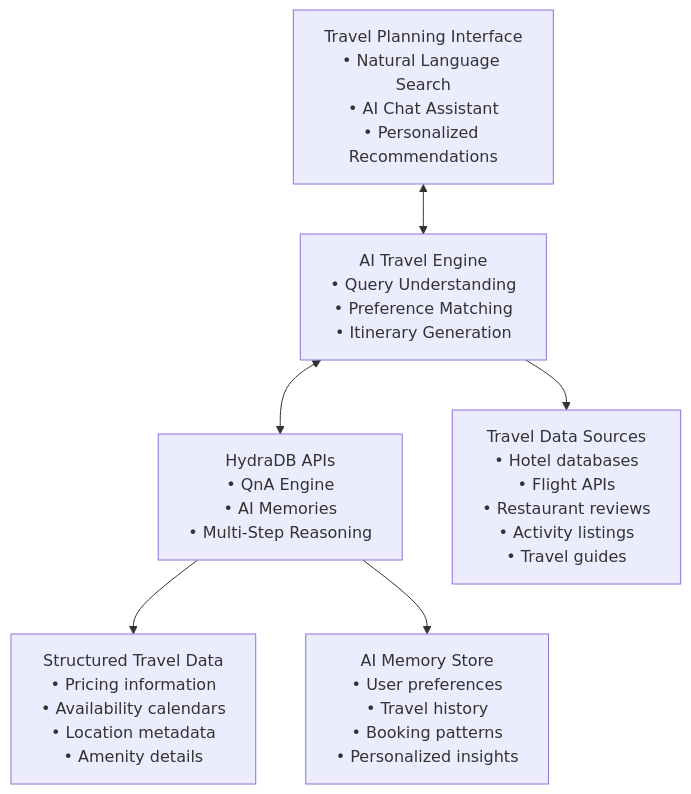
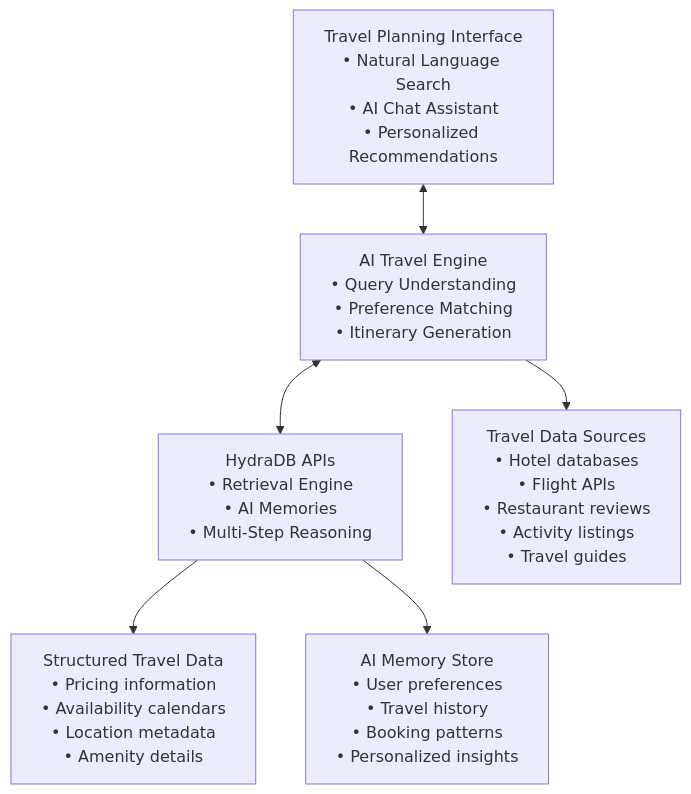
Before and after one commit to rupamghosh2006/mintlify-docs: the diagram in cookbooks/ai-travel-planner.mdx, drawn with Mermaid. The commit also changed 7 other files, not shown here.

````diff
--- a/cookbooks/ai-travel-planner.mdx
+++ b/cookbooks/ai-travel-planner.mdx
@@ -34,16 +34,16 @@
 ```mermaid
 graph TD
     A["Travel Planning Interface<br/>• Natural Language Search<br/>• AI Chat Assistant<br/>• Personalized Recommendations"] 
     B["AI Travel Engine<br/>• Query Understanding<br/>• Preference Matching<br/>• Itinerary Generation"]
-    C["HydraDB APIs<br/>• QnA Engine<br/>• AI Memories<br/>• Multi-Step Reasoning"]
+    C["HydraDB APIs<br/>• Retrieval Engine<br/>• AI Memories<br/>• Multi-Step Reasoning"]
     
     D["Travel Data Sources<br/>• Hotel databases<br/>• Flight APIs<br/>• Restaurant reviews<br/>• Activity listings<br/>• Travel guides"]
     E["Structured Travel Data<br/>• Pricing information<br/>• Availability calendars<br/>• Location metadata<br/>• Amenity details"]
     F["AI Memory Store<br/>• User preferences<br/>• Travel history<br/>• Booking patterns<br/>• Personalized insights"]
     
     A <--> B
     B <--> C
     B --> D
     C --> E
     C --> F
 ```
````
